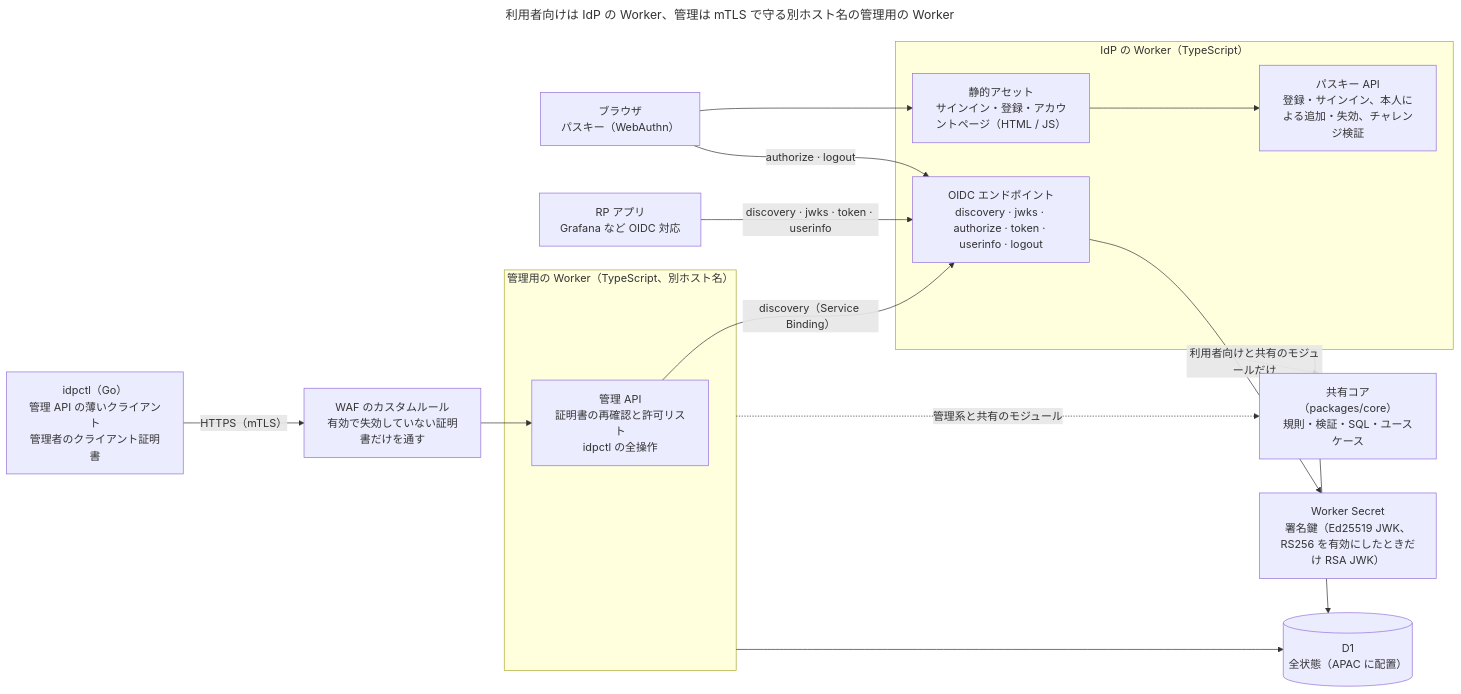
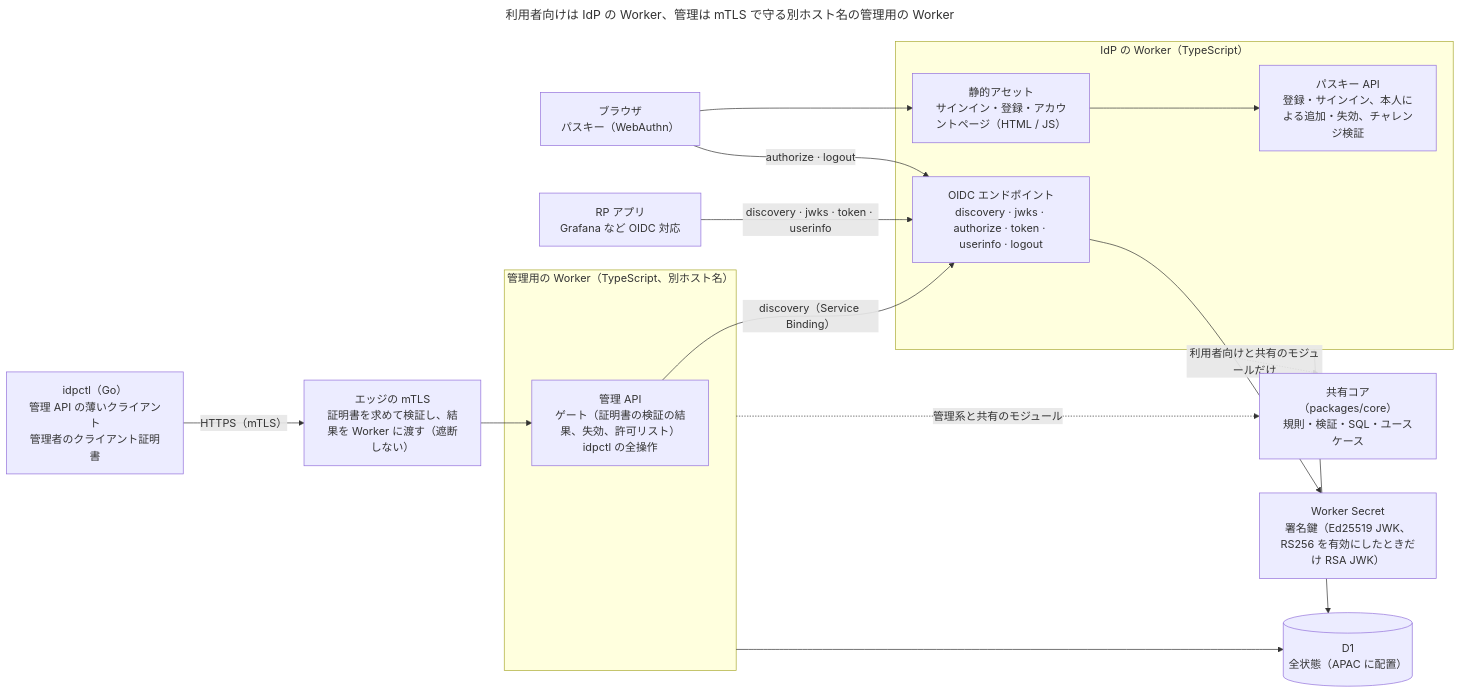
Before and after one commit to OJILab-dev/idp: the diagram in docs/design/README.md, drawn with Mermaid. The commit also changed other lines of this file and 36 other files, not shown here.

````diff
--- a/docs/design/README.md
+++ b/docs/design/README.md
@@ -36,38 +36,38 @@
 ```mermaid
 ---
 title: 利用者向けは IdP の Worker、管理は mTLS で守る別ホスト名の管理用の Worker
 ---
 flowchart LR
   browser["ブラウザ<br/>パスキー（WebAuthn）"]
   rp["RP アプリ<br/>Grafana など OIDC 対応"]
 
   subgraph worker["IdP の Worker（TypeScript）"]
     oidc["OIDC エンドポイント<br/>discovery · jwks · authorize · token · userinfo · logout"]
     static["静的アセット<br/>サインイン・登録・アカウントページ（HTML / JS）"]
     passkey["パスキー API<br/>登録・サインイン、本人による追加・失効、チャレンジ検証"]
   end
 
   idpctl["idpctl（Go）<br/>管理 API の薄いクライアント<br/>管理者のクライアント証明書"]
-  waf["WAF のカスタムルール<br/>有効で失効していない証明書だけを通す"]
+  edge["エッジの mTLS<br/>証明書を求めて検証し、結果を Worker に渡す（遮断しない）"]
 
   subgraph admin["管理用の Worker（TypeScript、別ホスト名）"]
-    adminapi["管理 API<br/>証明書の再確認と許可リスト<br/>idpctl の全操作"]
+    adminapi["管理 API<br/>ゲート（証明書の検証の結果、失効、許可リスト）<br/>idpctl の全操作"]
   end
 
   core["共有コア（packages/core）<br/>規則・検証・SQL・ユースケース"]
   secret["Worker Secret<br/>署名鍵（Ed25519 JWK、RS256 を有効にしたときだけ RSA JWK）"]
   d1[("D1<br/>全状態（APAC に配置）")]
 
   browser --> static
   static --> passkey
   browser -->|"authorize · logout"| oidc
   rp -->|"discovery · jwks · token · userinfo"| oidc
   oidc --> secret
-  idpctl -->|"HTTPS（mTLS）"| waf
-  waf --> adminapi
+  idpctl -->|"HTTPS（mTLS）"| edge
+  edge --> adminapi
   adminapi -->|"discovery（Service Binding）"| oidc
   worker -.->|"利用者向けと共有のモジュールだけ"| core
   admin -.->|"管理系と共有のモジュール"| core
   worker --> d1
   admin --> d1
 ```
````
